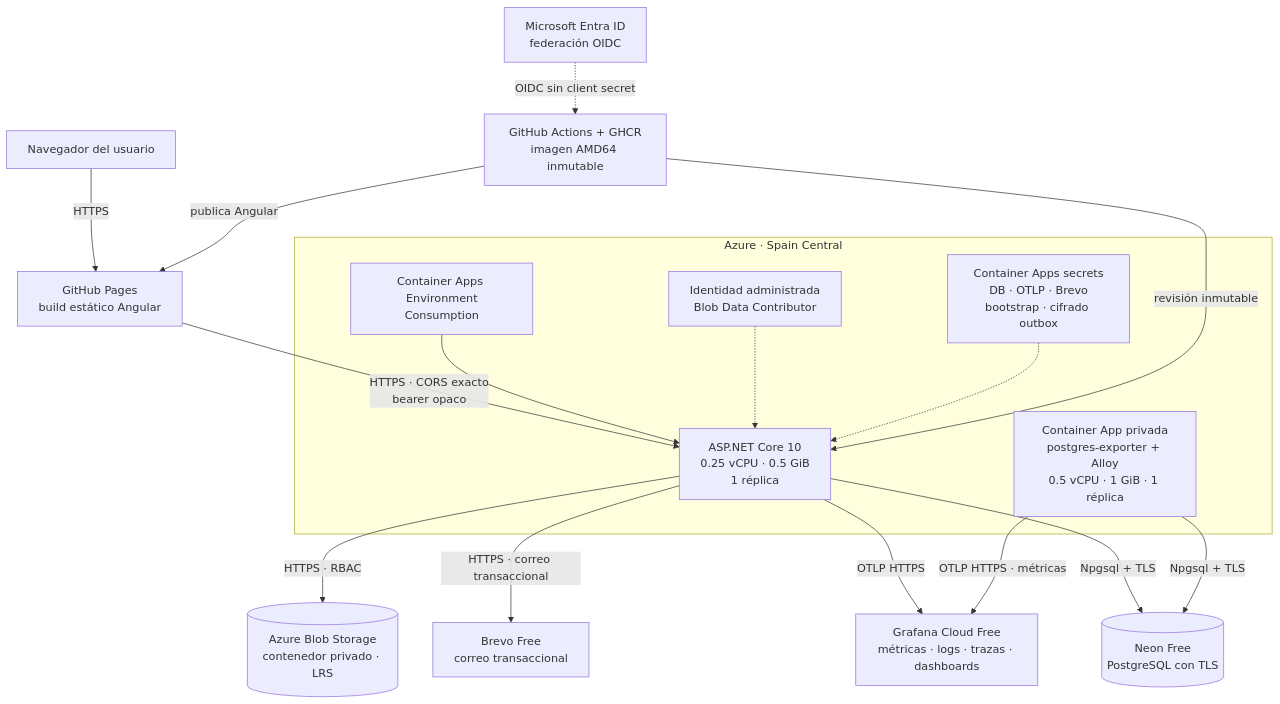
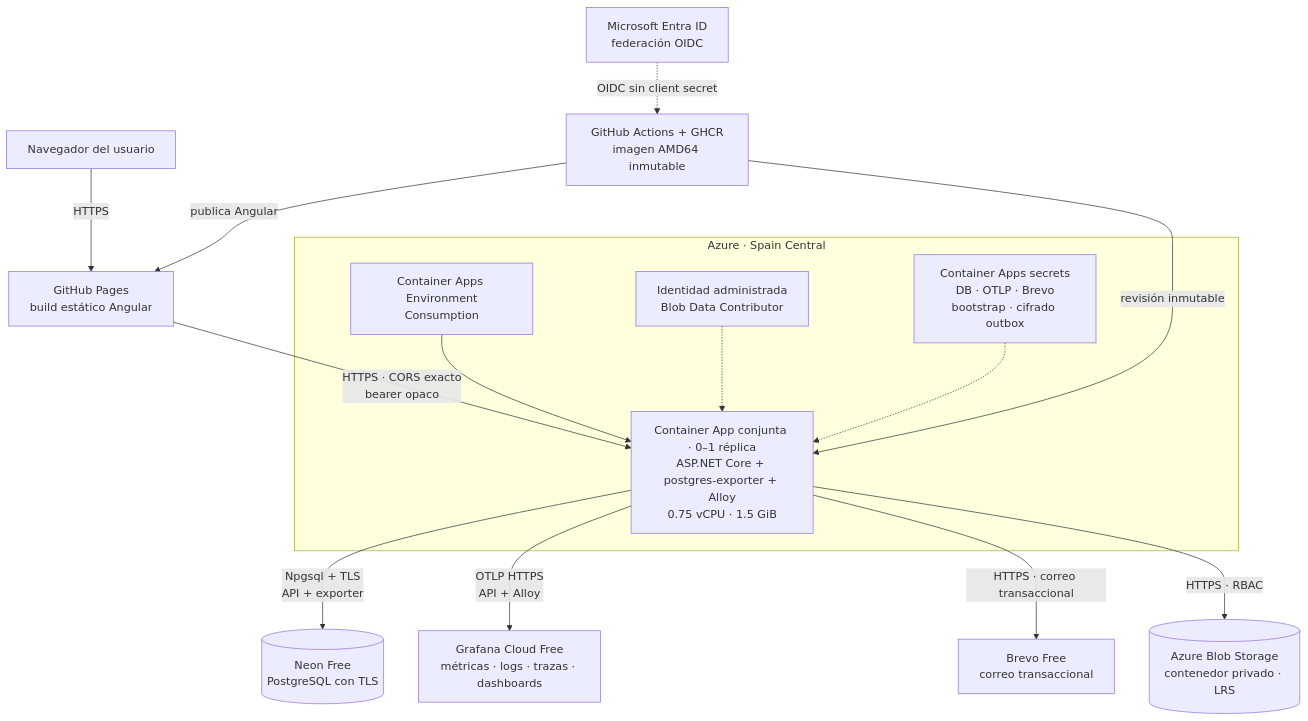
Before and after one commit to PeterBFoo/dnd-campaign-manager: the second of 2 diagrams in docs/architecture/diagrama-de-despliegue.md, drawn with Mermaid. The commit also changed other lines of this file and 22 other files, not shown here.

````diff
--- a/docs/architecture/diagrama-de-despliegue.md
+++ b/docs/architecture/diagrama-de-despliegue.md
@@ -94,34 +94,31 @@
 ```mermaid
 flowchart TB
     user["Navegador del usuario"]
     github["GitHub Actions + GHCR<br/>imagen AMD64 inmutable"]
     pages["GitHub Pages<br/>build estático Angular"]
     entra["Microsoft Entra ID<br/>federación OIDC"]
     neon[("Neon Free<br/>PostgreSQL con TLS")]
     grafana["Grafana Cloud Free<br/>métricas · logs · trazas · dashboards"]
     brevo["Brevo Free<br/>correo transaccional"]
     blob[("Azure Blob Storage<br/>contenedor privado · LRS")]
 
     subgraph azure["Azure · Spain Central"]
         environment["Container Apps Environment<br/>Consumption"]
-        api_prod["ASP.NET Core 10<br/>0.25 vCPU · 0.5 GiB<br/>1 réplica"]
-        postgres_obs["Container App privada<br/>postgres-exporter + Alloy<br/>0.5 vCPU · 1 GiB · 1 réplica"]
+        api_prod["Container App conjunta · 0–1 réplica<br/>ASP.NET Core + postgres-exporter + Alloy<br/>0.75 vCPU · 1.5 GiB"]
         identity["Identidad administrada<br/>Blob Data Contributor"]
         secrets["Container Apps secrets<br/>DB · OTLP · Brevo<br/>bootstrap · cifrado outbox"]
     end
 
     user -->|"HTTPS"| pages
     pages -->|"HTTPS · CORS exacto<br/>bearer opaco"| api_prod
     environment --> api_prod
-    api_prod -->|"Npgsql + TLS"| neon
-    api_prod -->|"OTLP HTTPS"| grafana
-    postgres_obs -->|"Npgsql + TLS"| neon
-    postgres_obs -->|"OTLP HTTPS · métricas"| grafana
+    api_prod -->|"Npgsql + TLS<br/>API + exporter"| neon
+    api_prod -->|"OTLP HTTPS<br/>API + Alloy"| grafana
     api_prod -->|"HTTPS · correo transaccional"| brevo
     api_prod -->|"HTTPS · RBAC"| blob
     identity -.-> api_prod
     secrets -.-> api_prod
     github -->|"publica Angular"| pages
     github -->|"revisión inmutable"| api_prod
     entra -.->|"OIDC sin client secret"| github
 ```
````
